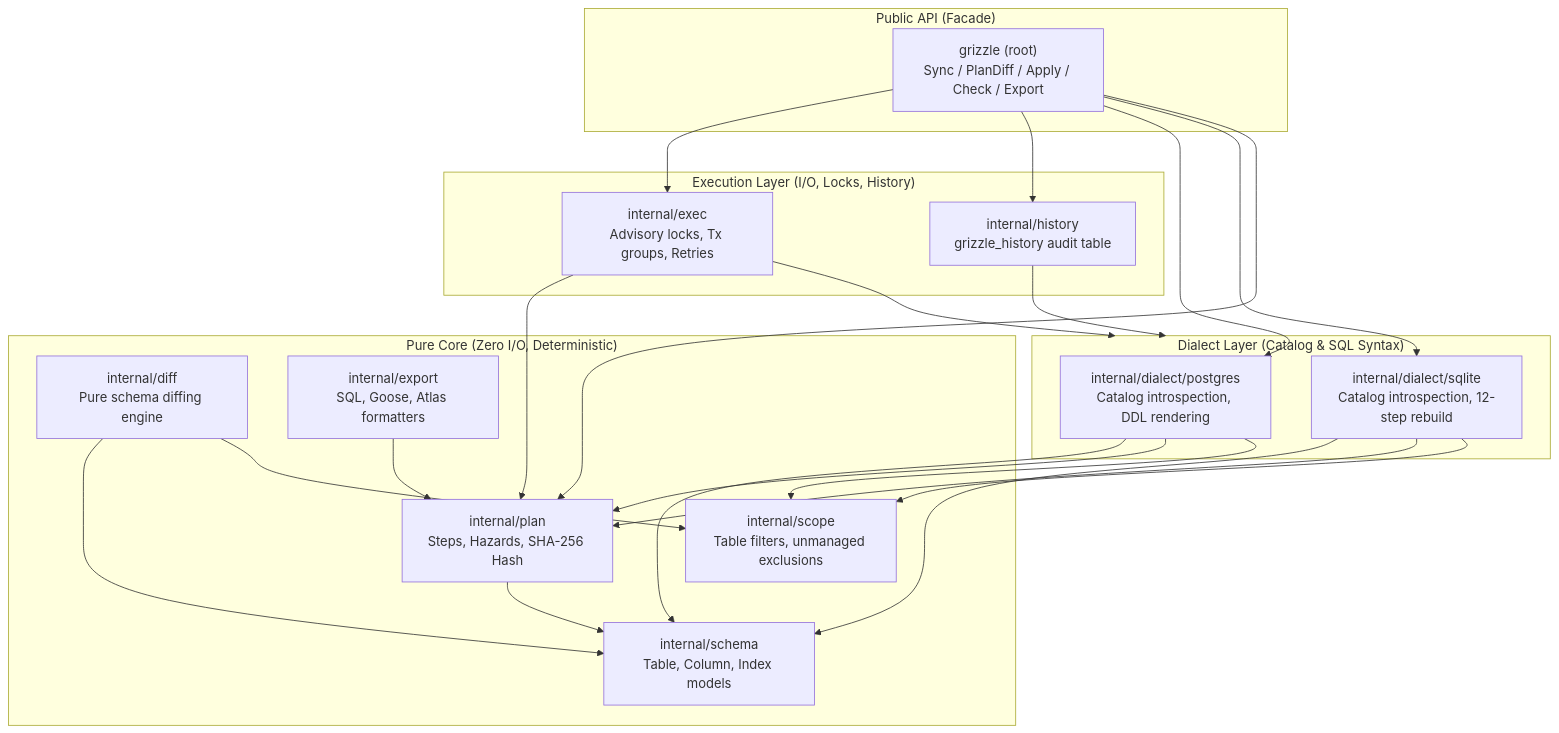
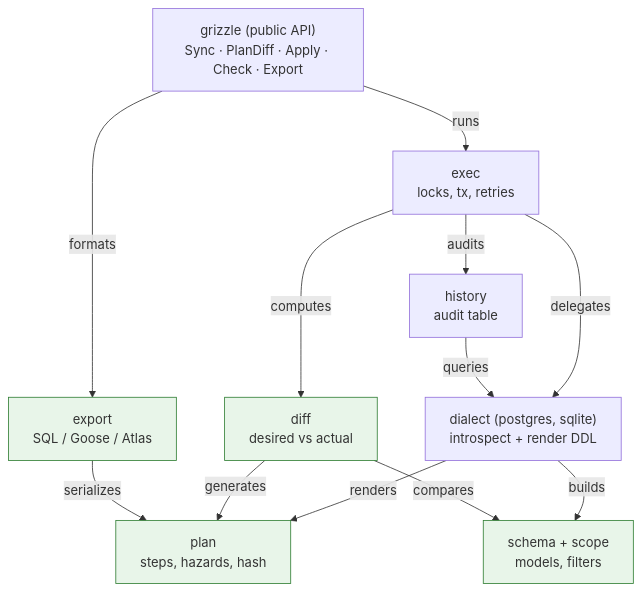
Before and after one commit to muandane/grizzle: the second of 3 diagrams in README.md, drawn with Mermaid. The commit also changed other lines of this file, not shown here.

Commit message:
fix: update readme diagram

````diff
--- a/README.md
+++ b/README.md
@@ -191,46 +188,21 @@
 ```mermaid
 graph TD
-    subgraph Facade ["Public API (Facade)"]
-        Grizzle["grizzle (root)<br/>Sync / PlanDiff / Apply / Check / Export"]
-    end
+    classDef pure fill:#e8f5e9,stroke:#2e7d32,stroke-width:1px;
 
-    subgraph Execution ["Execution Layer (I/O, Locks, History)"]
-        Exec["internal/exec<br/>Advisory locks, Tx groups, Retries"]
-        History["internal/history<br/>grizzle_history audit table"]
-    end
+    API["grizzle (public API)<br/>Sync · PlanDiff · Apply · Check · Export"]
 
-    subgraph Dialect ["Dialect Layer (Catalog & SQL Syntax)"]
-        Postgres["internal/dialect/postgres<br/>Catalog introspection, DDL rendering"]
-        SQLite["internal/dialect/sqlite<br/>Catalog introspection, 12-step rebuild"]
-    end
+    API -->|runs| Exec["exec<br/>locks, tx, retries"]
+    API -->|formats| Export["export<br/>SQL / Goose / Atlas"]:::pure
 
-    subgraph PureCore ["Pure Core (Zero I/O, Deterministic)"]
-        Schema["internal/schema<br/>Table, Column, Index models"]
-        Scope["internal/scope<br/>Table filters, unmanaged exclusions"]
-        Diff["internal/diff<br/>Pure schema diffing engine"]
-        Plan["internal/plan<br/>Steps, Hazards, SHA-256 Hash"]
-        Export["internal/export<br/>SQL, Goose, Atlas formatters"]
-    end
+    Exec -->|audits| History["history<br/>audit table"]
+    Exec -->|delegates| Dialect["dialect (postgres, sqlite)<br/>introspect + render DDL"]
+    Exec -->|computes| Diff["diff<br/>desired vs actual"]:::pure
 
-    Grizzle --> Exec
-    Grizzle --> History
-    Grizzle --> Postgres
-    Grizzle --> SQLite
-    Grizzle --> Plan
+    History -->|queries| Dialect
+    Dialect -->|renders| Plan["plan<br/>steps, hazards, hash"]:::pure
+    Dialect -->|builds| Schema["schema + scope<br/>models, filters"]:::pure
 
-    Exec --> Dialect
-    Exec --> Plan
-    History --> Dialect
-
-    Postgres --> Schema
-    Postgres --> Plan
-    Postgres --> Scope
-    SQLite --> Schema
-    SQLite --> Plan
-    SQLite --> Scope
-
-    Diff --> Schema
-    Diff --> Scope
-    Plan --> Schema
-    Export --> Plan
+    Diff -->|generates| Plan
+    Diff -->|compares| Schema
+    Export -->|serializes| Plan
 ```
````
